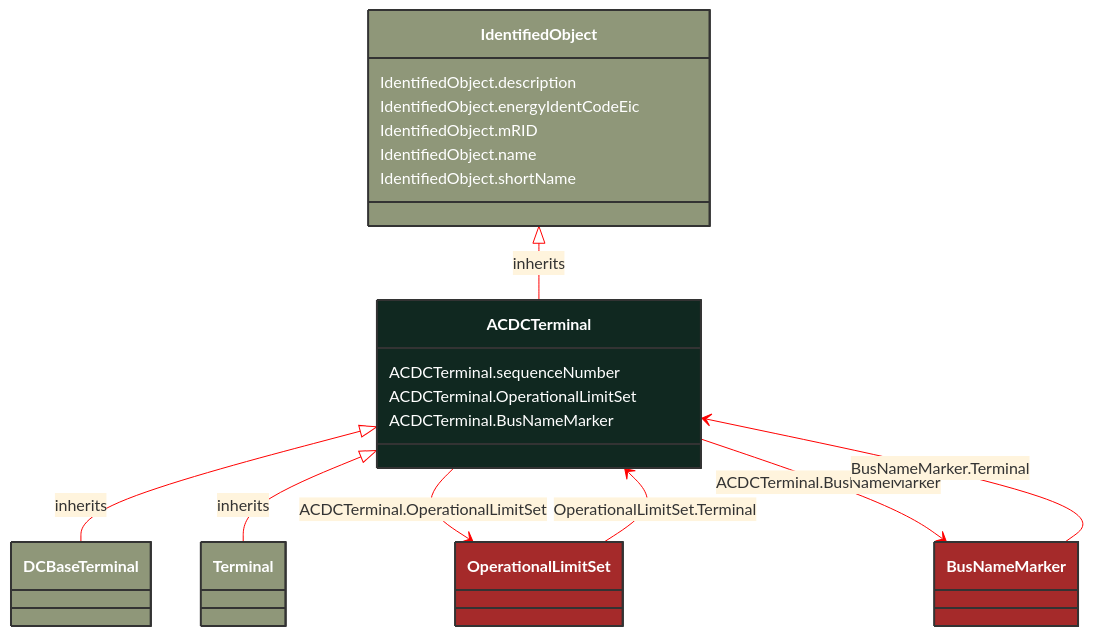
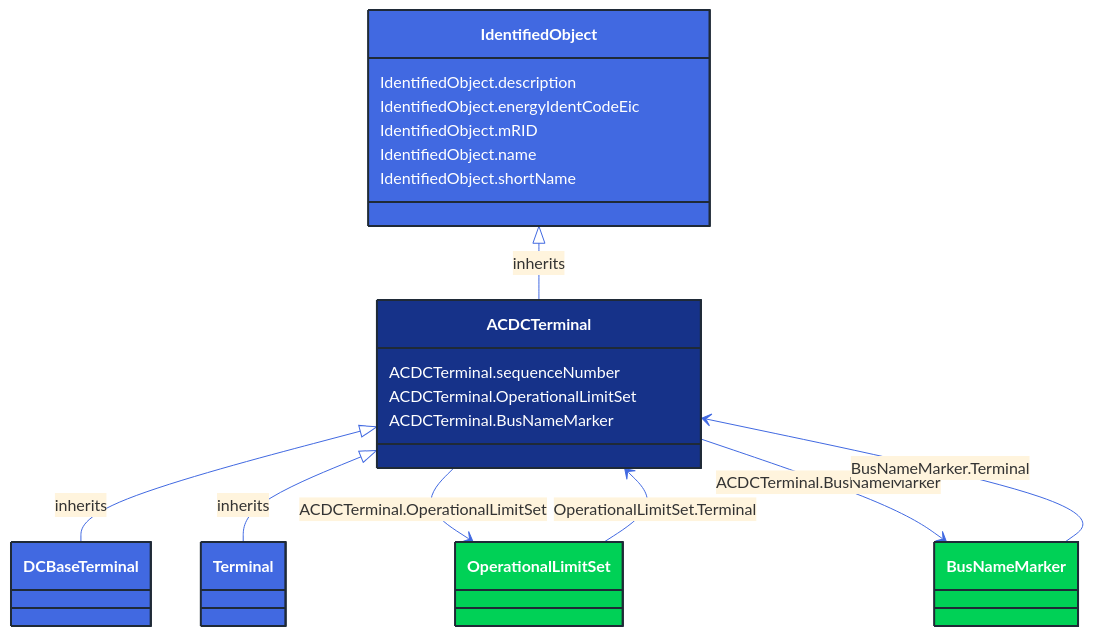
One commit to 3lbits/NoCIMExtensions changed the diagram in docs/Models/Profiles/CoreEquipment/AbstractClasses/ACDCTerminal.md. Above: the diagram before and after it, drawn with Mermaid. The commit also changed 362 other files, not shown here.

First line of the commit message:
Update diagrams and styles for improved visual consistency

````diff
--- a/docs/Models/Profiles/CoreEquipment/AbstractClasses/ACDCTerminal.md
+++ b/docs/Models/Profiles/CoreEquipment/AbstractClasses/ACDCTerminal.md
@@ -10,56 +10,56 @@
 ```mermaid
-%%{init: {'theme':'base','themeVariables': {'lineColor': '#FF0000'}}}%%
+%%{init: {'theme':'base','themeVariables': {'lineColor': '#4169E1'}}}%%
 classDiagram
     class ACDCTerminal
     click ACDCTerminal href "/Models/Profiles/CoreEquipment/AbstractClasses/ACDCTerminal/"
-    style ACDCTerminal fill:#102820,stroke:#333,stroke-width:2px,rx:10,ry:10,color:white
+    style ACDCTerminal fill:#163289,stroke:#1F2A37,stroke-width:2px,rx:10,ry:10,color:white
 
         ACDCTerminal <|-- DCBaseTerminal : inherits
 
         DCBaseTerminal
             click DCBaseTerminal href "/Models/Profiles/CoreEquipment/AbstractClasses/DCBaseTerminal/"
-            style DCBaseTerminal fill:#8F9779,stroke:#333,stroke-width:2px,rx:10,ry:10,color:white
+            style DCBaseTerminal fill:#4169E1,stroke:#1F2A37,stroke-width:2px,rx:10,ry:10,color:white
 
         ACDCTerminal <|-- Terminal : inherits
 
         Terminal
             click Terminal href "/Models/Profiles/CoreEquipment/ConcreteClasses/Terminal/"
-            style Terminal fill:#8F9779,stroke:#333,stroke-width:2px,rx:10,ry:10,color:white
+            style Terminal fill:#4169E1,stroke:#1F2A37,stroke-width:2px,rx:10,ry:10,color:white
      
         IdentifiedObject <|-- ACDCTerminal : inherits
             click IdentifiedObject href "/Models/Profiles/CoreEquipment/AbstractClasses/IdentifiedObject/"
-            style IdentifiedObject fill:#8F9779,stroke:#333,stroke-width:2px,rx:10,ry:10,color:white
+            style IdentifiedObject fill:#4169E1,stroke:#1F2A37,stroke-width:2px,rx:10,ry:10,color:white
 
         ACDCTerminal --> OperationalLimitSet : ACDCTerminal.OperationalLimitSet
 
         OperationalLimitSet
             click OperationalLimitSet href "/Models/Profiles/CoreEquipment/ConcreteClasses/OperationalLimitSet/"
-            style OperationalLimitSet fill:#A52A2A,stroke:#333,stroke-width:2px,rx:10,ry:10,color:white
+            style OperationalLimitSet fill:#00D156,stroke:#1F2A37,stroke-width:2px,rx:10,ry:10,color:white
         ACDCTerminal --> BusNameMarker : ACDCTerminal.BusNameMarker
 
         BusNameMarker
             click BusNameMarker href "/Models/Profiles/CoreEquipment/ConcreteClasses/BusNameMarker/"
-            style BusNameMarker fill:#A52A2A,stroke:#333,stroke-width:2px,rx:10,ry:10,color:white
+            style BusNameMarker fill:#00D156,stroke:#1F2A37,stroke-width:2px,rx:10,ry:10,color:white
 
         BusNameMarker --> ACDCTerminal : BusNameMarker.Terminal
 
         BusNameMarker
             click BusNameMarker href "/Models/Profiles/CoreEquipment/ConcreteClasses/BusNameMarker/"
-            style BusNameMarker fill:#A52A2A,stroke:#333,stroke-width:2px,rx:10,ry:10,color:white
+            style BusNameMarker fill:#00D156,stroke:#1F2A37,stroke-width:2px,rx:10,ry:10,color:white
 
         OperationalLimitSet --> ACDCTerminal : OperationalLimitSet.Terminal
 
         OperationalLimitSet
             click OperationalLimitSet href "/Models/Profiles/CoreEquipment/ConcreteClasses/OperationalLimitSet/"
-            style OperationalLimitSet fill:#A52A2A,stroke:#333,stroke-width:2px,rx:10,ry:10,color:white
+            style OperationalLimitSet fill:#00D156,stroke:#1F2A37,stroke-width:2px,rx:10,ry:10,color:white
 
 
         ACDCTerminal : ACDCTerminal.sequenceNumber
         ACDCTerminal : ACDCTerminal.OperationalLimitSet
         ACDCTerminal : ACDCTerminal.BusNameMarker
         IdentifiedObject : IdentifiedObject.description
         IdentifiedObject : IdentifiedObject.energyIdentCodeEic
         IdentifiedObject : IdentifiedObject.mRID
         IdentifiedObject : IdentifiedObject.name
         IdentifiedObject : IdentifiedObject.shortName
 ```
````
